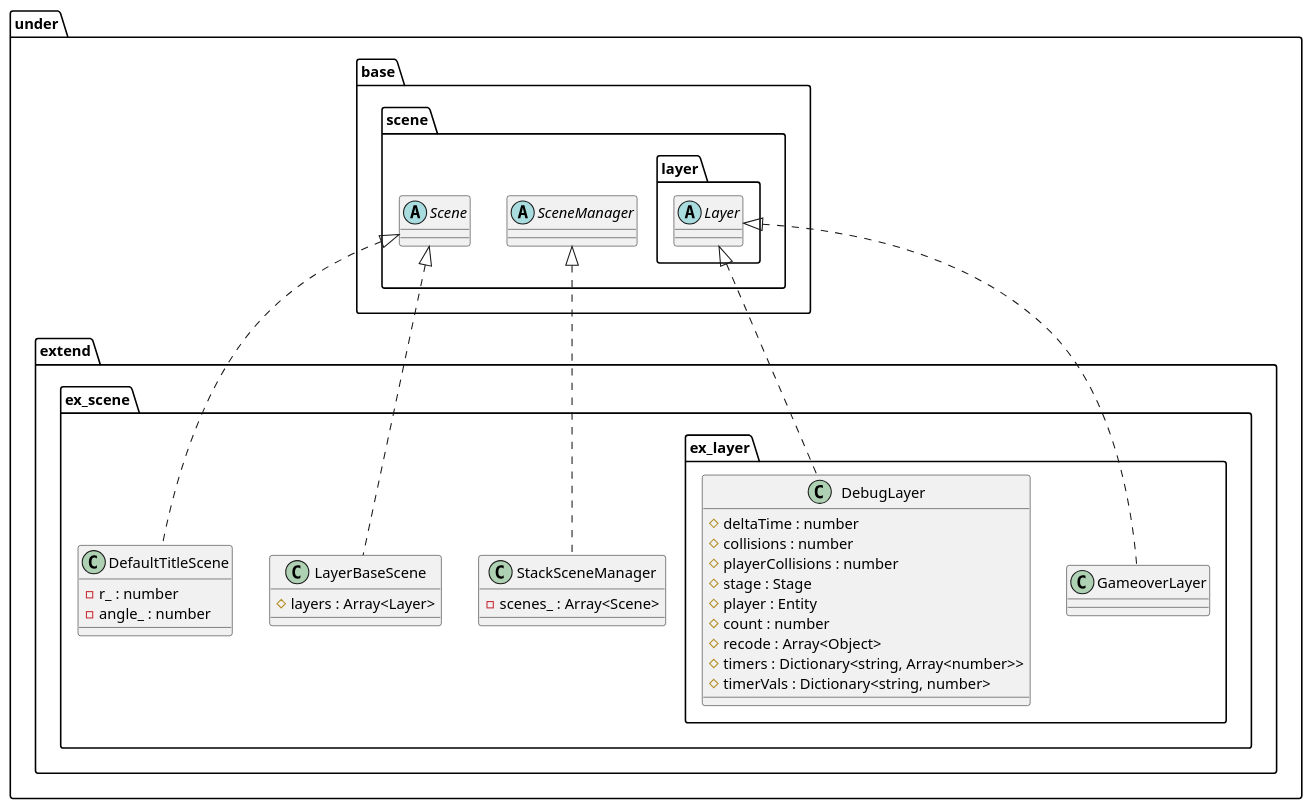
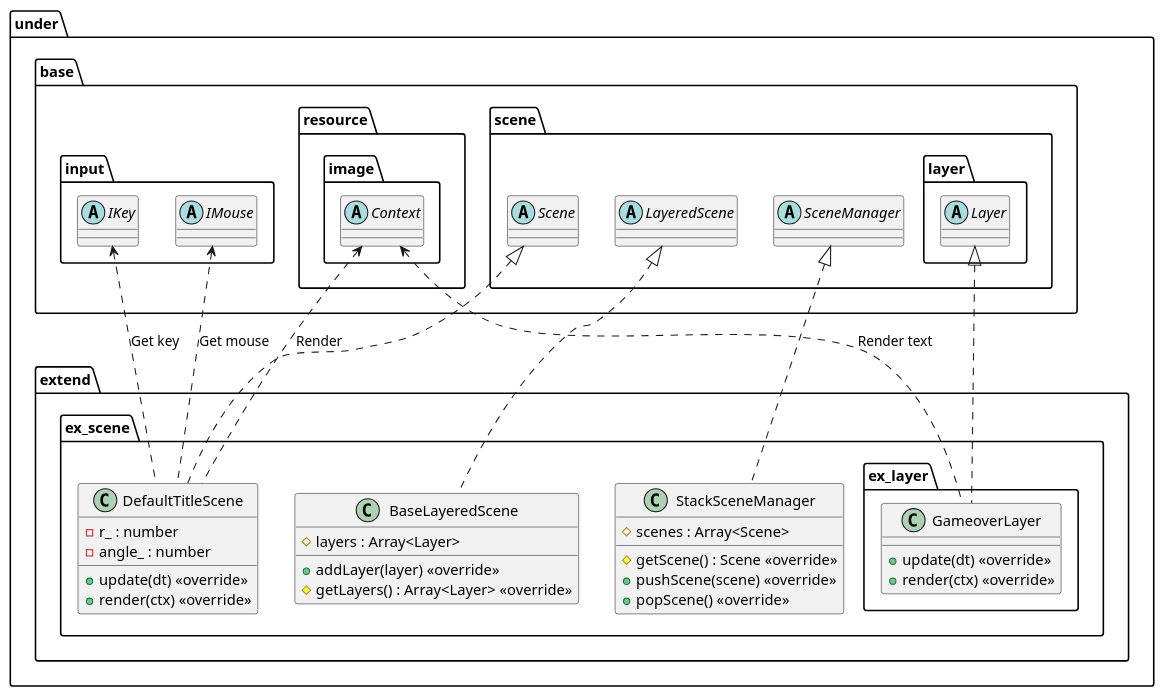
The diagram in uml/scene/Extend.wsd (Expine/Under), drawn with PlantUML before and after one commit. The commit also changed 22 other files, not shown here.

```diff
--- a/uml/scene/Extend.wsd
+++ b/uml/scene/Extend.wsd
@@ -1,53 +1,66 @@
 @startuml SceneExtend
 
 package under {
     package extend {
         package ex_scene {
             class StackSceneManager {
-                -scenes_ : Array<Scene>
+                #scenes : Array<Scene>
+                #getScene() : Scene <<override>>
+                +pushScene(scene) <<override>>
+                +popScene() <<override>>
             }
-            class LayerBaseScene {
+            class BaseLayeredScene {
                 #layers : Array<Layer>
+                +addLayer(layer) <<override>>
+                #getLayers() : Array<Layer> <<override>>
             }
             class DefaultTitleScene {
                 -r_ : number
                 -angle_ : number
+                +update(dt) <<override>>
+                +render(ctx) <<override>>
             }
 
             package ex_layer {
-                class GameoverLayer
-                class DebugLayer {
-                    #deltaTime : number
-                    #collisions : number
-                    #playerCollisions : number
-                    #stage : Stage
-                    #player : Entity
-                    #count : number
-                    #recode : Array<Object>
-                    #timers : Dictionary<string, Array<number>>
-                    #timerVals : Dictionary<string, number>
+                class GameoverLayer {
+                    +update(dt) <<override>>
+                    +render(ctx) <<override>>
                 }
             }
         }
     }
 }
 
 package under {
     package base {
+        package input {
+            abstract IKey
+            abstract IMouse
+        }
+        package resource {
+            package image {
+                abstract Context
+            }
+        }
         package scene {
             abstract Scene
+            abstract LayeredScene
             abstract SceneManager
             package layer {
                 abstract Layer
             }
         }
     }
 }
 
+Context <.. DefaultTitleScene : Render
+IKey <.. DefaultTitleScene : Get key
+IMouse <.. DefaultTitleScene : Get mouse
+Context <.. GameoverLayer : Render text
+
 SceneManager <|.. StackSceneManager
-Scene <|.. LayerBaseScene
+LayeredScene <|.. BaseLayeredScene
 Scene <|.. DefaultTitleScene
 Layer <|.. GameoverLayer
-Layer <|.. DebugLayer
 
 @enduml
```
